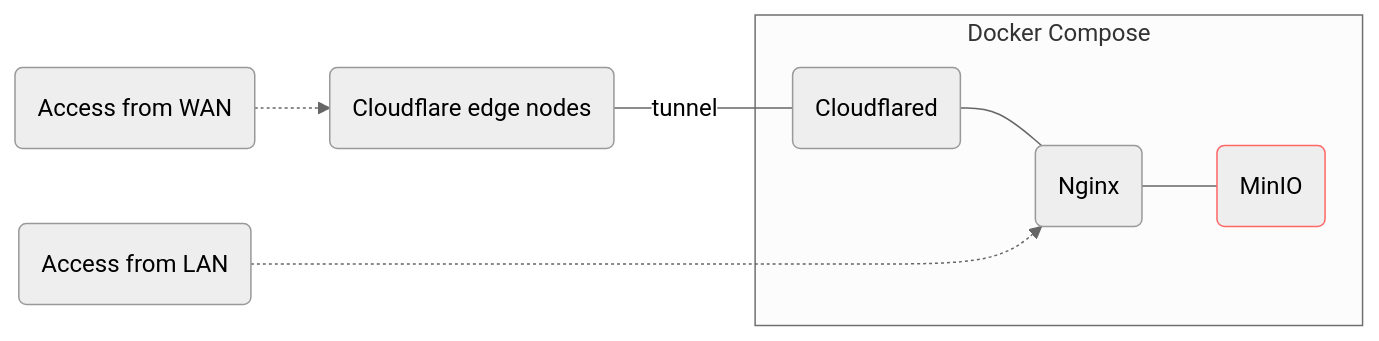
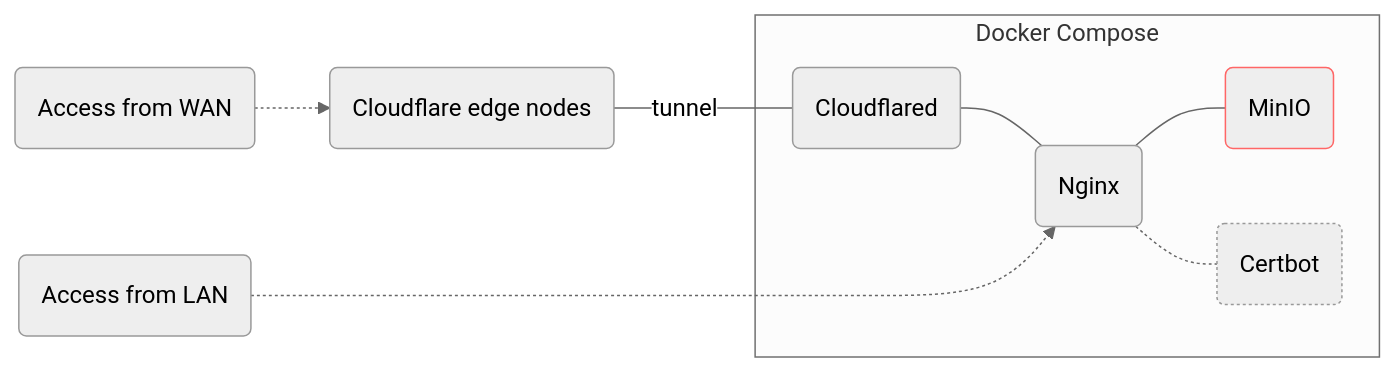
One commit to whisperpine/minio-compose changed the diagram in README.md. Above: the diagram before and after it, drawn with Mermaid (neutral theme). The commit also changed other lines of this file, not shown here.

Commit message:
docs: add Certbot in the mermaid flowchart

````diff
--- a/README.md
+++ b/README.md
@@ -12,22 +12,25 @@
 ```mermaid
 flowchart LR
   pub("Access from WAN")
   private("Access from LAN")
   cf("Cloudflare edge nodes")
 
   pub -.-> cf
   cf ---|tunnel| cloudflared
 
   subgraph Docker Compose
     cloudflared("Cloudflared")
     nginx("Nginx")
     minio("MinIO"):::red_stroke
+    certbot("Certbot")
 
     cloudflared --- nginx
     nginx --- minio
+    nginx -.- certbot
   end
 
   private -...-> nginx
 
   classDef red_stroke stroke: #f66
+  style certbot stroke-dasharray: 2
 ```
````
